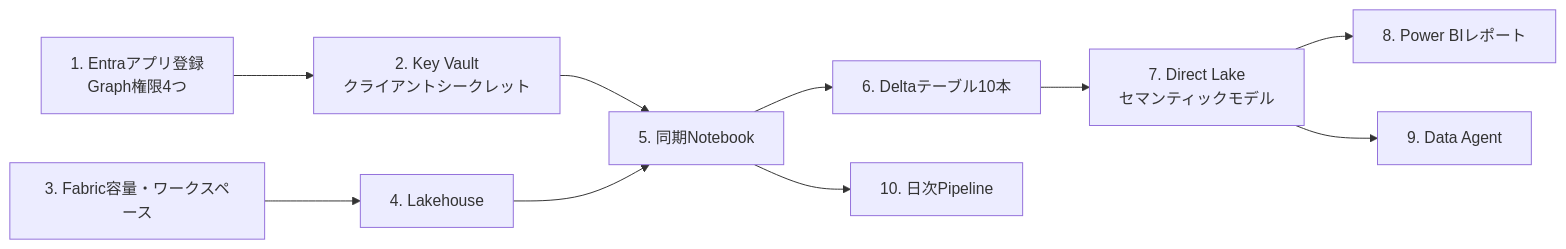
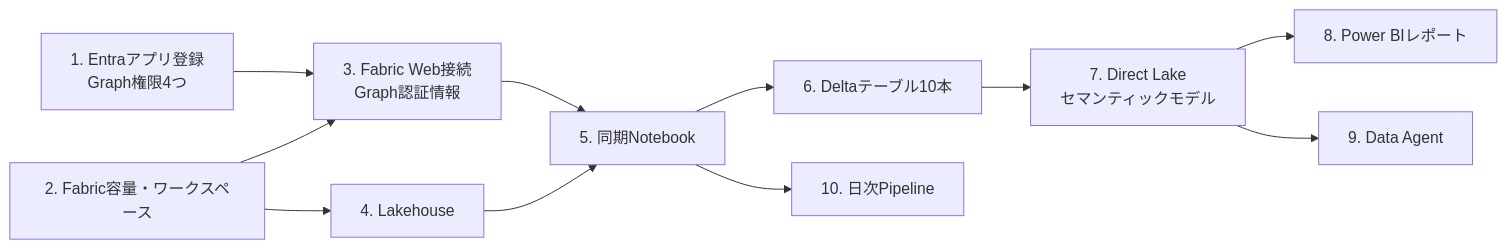
Before and after one commit to pcmn1000/m365-license-finops-reference: the first of 2 diagrams in docs/architecture.md, drawn with Mermaid. The commit also changed other lines of this file and 8 other files, not shown here.

Commit message:
Replace Key Vault with Fabric Graph connection

````diff
--- a/docs/architecture.md
+++ b/docs/architecture.md
@@ -27,22 +27,23 @@
 ```mermaid
 flowchart LR
         APP["1. Entraアプリ登録<br/>Graph権限4つ"]
-        KV["2. Key Vault<br/>クライアントシークレット"]
-        CAP["3. Fabric容量・ワークスペース"]
+        CAP["2. Fabric容量・ワークスペース"]
+        CONN["3. Fabric Web接続<br/>Graph認証情報"]
         LH["4. Lakehouse"]
         NB["5. 同期Notebook"]
         TABLES["6. Deltaテーブル10本"]
         MODEL["7. Direct Lake<br/>セマンティックモデル"]
         REPORT["8. Power BIレポート"]
         AGENT["9. Data Agent"]
         PIPE["10. 日次Pipeline"]
 
-        APP --> KV
+        APP --> CONN
+        CAP --> CONN
         CAP --> LH
-        KV --> NB
+        CONN --> NB
         LH --> NB
         NB --> TABLES --> MODEL
         MODEL --> REPORT
         MODEL --> AGENT
         NB --> PIPE
 ```
````
